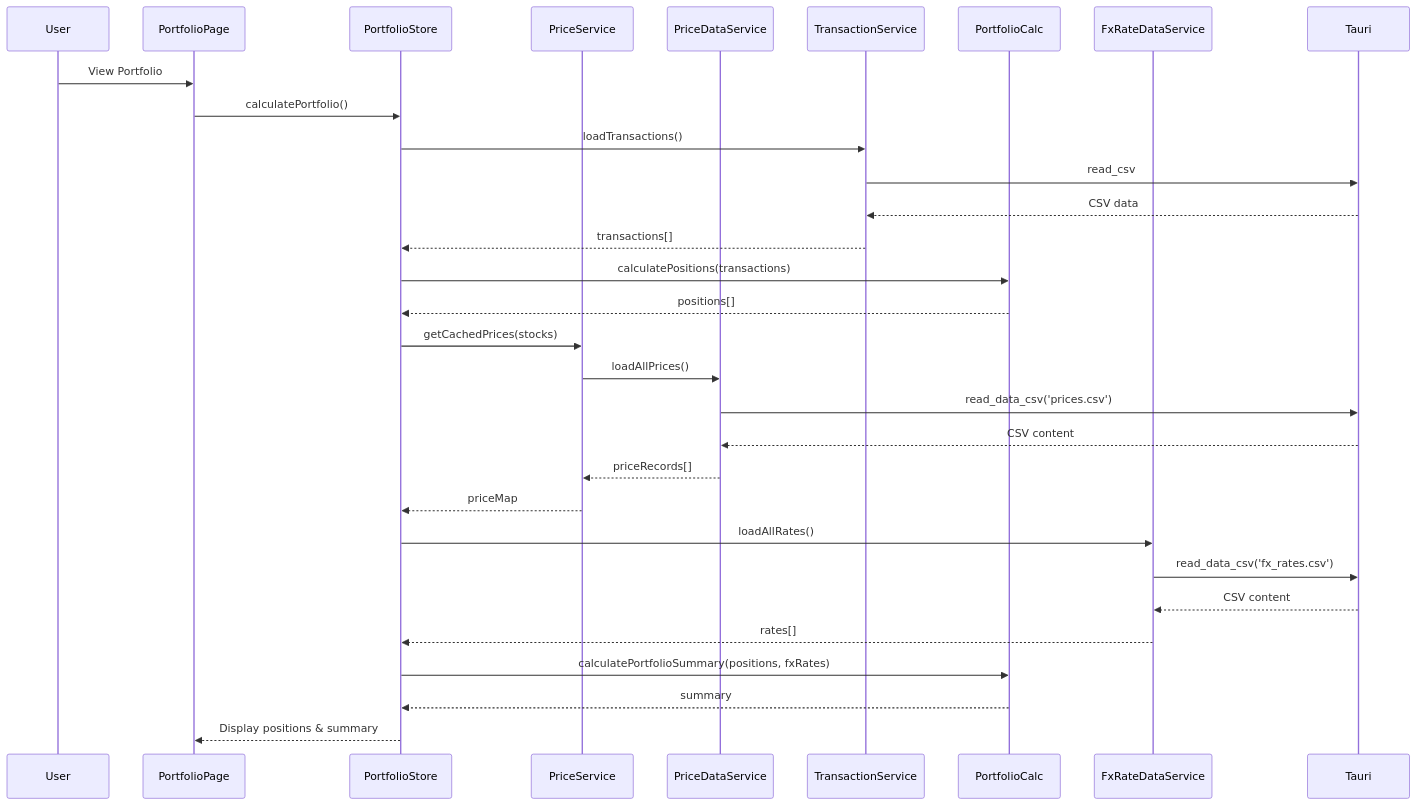
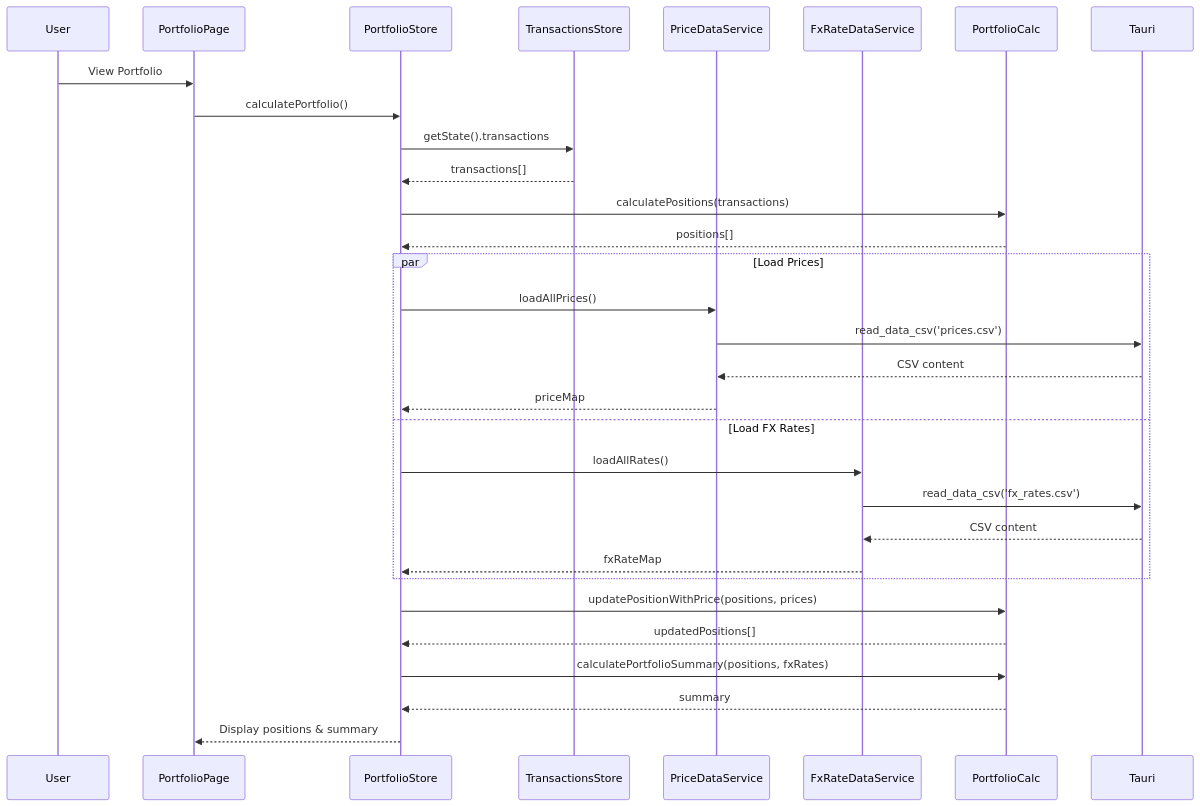
One commit to 7kfpun/portfolio changed the second of 4 diagrams in CLAUDE.md. Above: the diagram before and after it, drawn with Mermaid. The commit also changed other lines of this file and 43 other files, not shown here.

````diff
--- a/CLAUDE.md
+++ b/CLAUDE.md
@@ -106,36 +306,40 @@
 ```mermaid
 sequenceDiagram
     participant User
     participant PortfolioPage
     participant PortfolioStore
-    participant PriceService
+    participant TransactionsStore
     participant PriceDataService
-    participant TransactionService
+    participant FxRateDataService
     participant PortfolioCalc
-    participant FxRateDataService
+    participant Tauri
 
     User->>PortfolioPage: View Portfolio
     PortfolioPage->>PortfolioStore: calculatePortfolio()
-    PortfolioStore->>TransactionService: loadTransactions()
-    TransactionService->>Tauri: read_csv
-    Tauri-->>TransactionService: CSV data
-    TransactionService-->>PortfolioStore: transactions[]
+    
+    PortfolioStore->>TransactionsStore: getState().transactions
+    TransactionsStore-->>PortfolioStore: transactions[]
+    
     PortfolioStore->>PortfolioCalc: calculatePositions(transactions)
     PortfolioCalc-->>PortfolioStore: positions[]
     
-    PortfolioStore->>PriceService: getCachedPrices(stocks)
-    PriceService->>PriceDataService: loadAllPrices()
-    PriceDataService->>Tauri: read_data_csv('prices.csv')
-    Tauri-->>PriceDataService: CSV content
-    PriceDataService-->>PriceService: priceRecords[]
-    PriceService-->>PortfolioStore: priceMap
+    par Load Prices
+        PortfolioStore->>PriceDataService: loadAllPrices()
+        PriceDataService->>Tauri: read_data_csv('prices.csv')
+        Tauri-->>PriceDataService: CSV content
+        PriceDataService-->>PortfolioStore: priceMap
+    and Load FX Rates
+        PortfolioStore->>FxRateDataService: loadAllRates()
+        FxRateDataService->>Tauri: read_data_csv('fx_rates.csv')
+        Tauri-->>FxRateDataService: CSV content
+        FxRateDataService-->>PortfolioStore: fxRateMap
+    end
     
-    PortfolioStore->>FxRateDataService: loadAllRates()
-    FxRateDataService->>Tauri: read_data_csv('fx_rates.csv')
-    Tauri-->>FxRateDataService: CSV content
-    FxRateDataService-->>PortfolioStore: rates[]
+    PortfolioStore->>PortfolioCalc: updatePositionWithPrice(positions, prices)
+    PortfolioCalc-->>PortfolioStore: updatedPositions[]
     
     PortfolioStore->>PortfolioCalc: calculatePortfolioSummary(positions, fxRates)
     PortfolioCalc-->>PortfolioStore: summary
+    
     PortfolioStore-->>PortfolioPage: Display positions & summary
 ```
````
